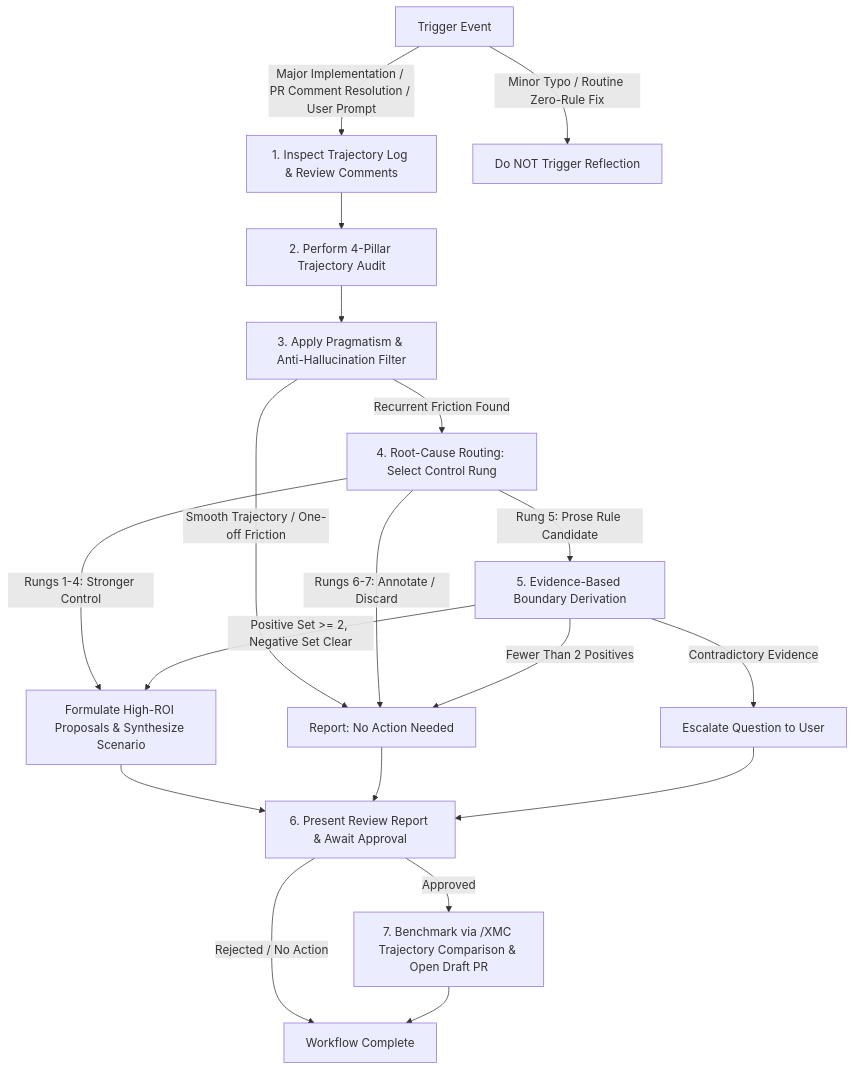
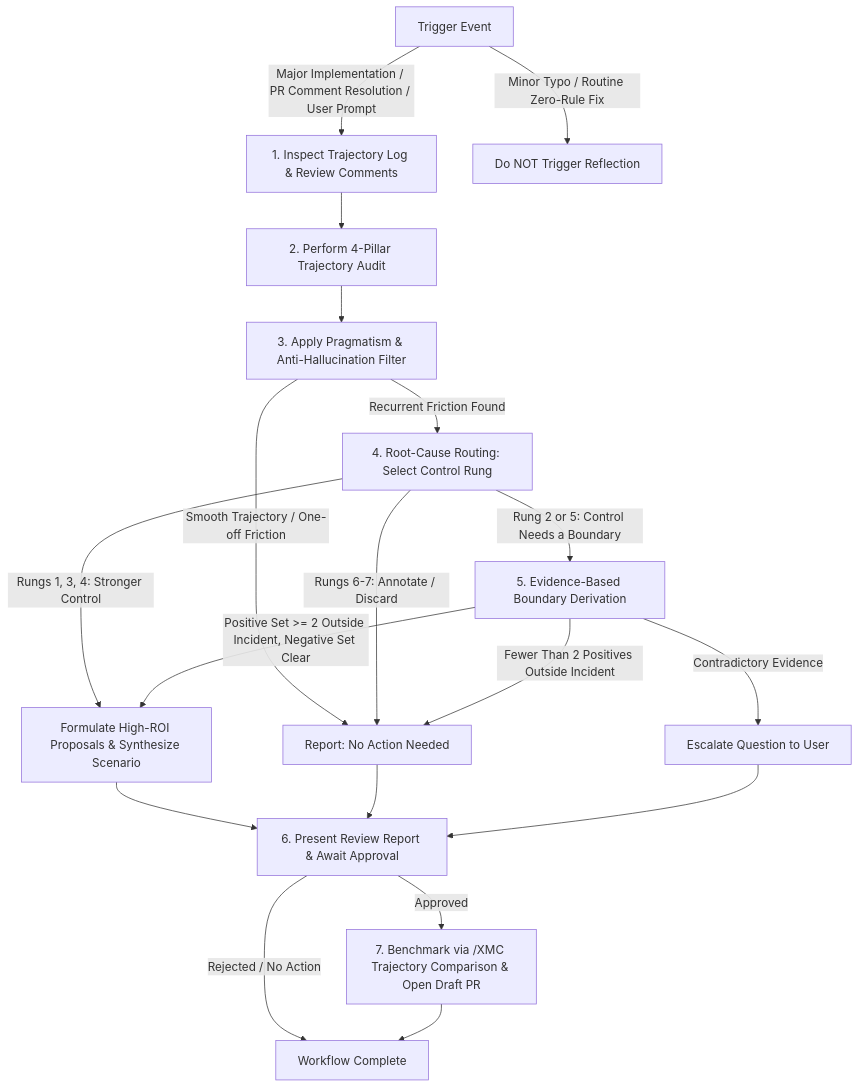
The diagram in .agents/skills/xmc_iterative_reflection/SKILL.md (google/xmc), drawn with Mermaid before and after one commit.

Commit message:
docs(rules): route rung 2 through boundary derivation in the diagram
The flowchart still sent rungs 1-4 straight to proposal formulation and
only rung 5 through boundary derivation, contradicting the widened text
in the same commit. Rung 2 needs a boundary too.

Branch labels are made disjoint rather than adopting the suggested
"Rungs 1-4" / "Rung 2/5" split, which describes rung 2 twice.

Comment link: https://github.com/google/xmc/pull/964#discussion_r4081795447

TAG=agy
CONV=ccc55079-6dbb-43c0-aa63-acc55d37d883

````diff
--- a/.agents/skills/xmc_iterative_reflection/SKILL.md
+++ b/.agents/skills/xmc_iterative_reflection/SKILL.md
@@ -10,19 +10,19 @@
 ```mermaid
 graph TD
     A[Trigger Event] -->|Major Implementation / PR Comment Resolution / User Prompt| B[1. Inspect Trajectory Log & Review Comments]
     A -->|Minor Typo / Routine Zero-Rule Fix| Stop[Do NOT Trigger Reflection]
     B --> C[2. Perform 4-Pillar Trajectory Audit]
     C --> D[3. Apply Pragmatism & Anti-Hallucination Filter]
     D -->|Smooth Trajectory / One-off Friction| F[Report: No Action Needed]
     D -->|Recurrent Friction Found| R[4. Root-Cause Routing: Select Control Rung]
-    R -->|Rungs 1-4: Stronger Control| E[Formulate High-ROI Proposals & Synthesize Scenario]
-    R -->|Rung 5: Prose Rule Candidate| V[5. Evidence-Based Boundary Derivation]
+    R -->|Rungs 1, 3, 4: Stronger Control| E[Formulate High-ROI Proposals & Synthesize Scenario]
+    R -->|Rung 2 or 5: Control Needs a Boundary| V[5. Evidence-Based Boundary Derivation]
     R -->|Rungs 6-7: Annotate / Discard| F
-    V -->|Positive Set >= 2, Negative Set Clear| E
-    V -->|Fewer Than 2 Positives| F
+    V -->|Positive Set >= 2 Outside Incident, Negative Set Clear| E
+    V -->|Fewer Than 2 Positives Outside Incident| F
     V -->|Contradictory Evidence| Esc[Escalate Question to User]
     E & F & Esc --> G[6. Present Review Report & Await Approval]
     G -->|Approved| H[7. Benchmark via /XMC Trajectory Comparison & Open Draft PR]
     G -->|Rejected / No Action| End[Workflow Complete]
     H --> End
 ```
````
